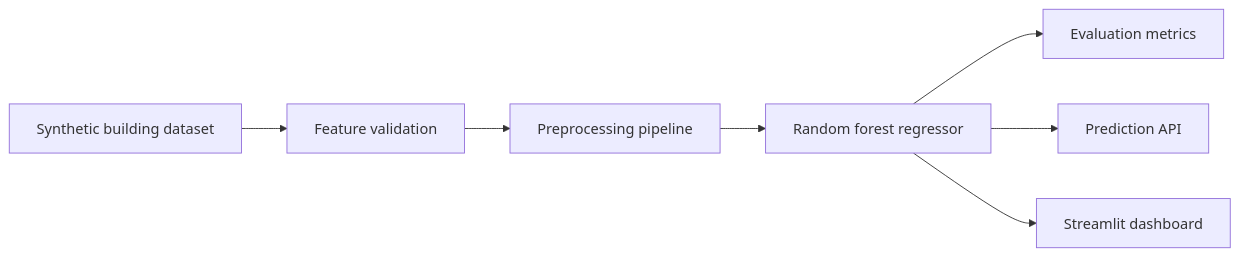
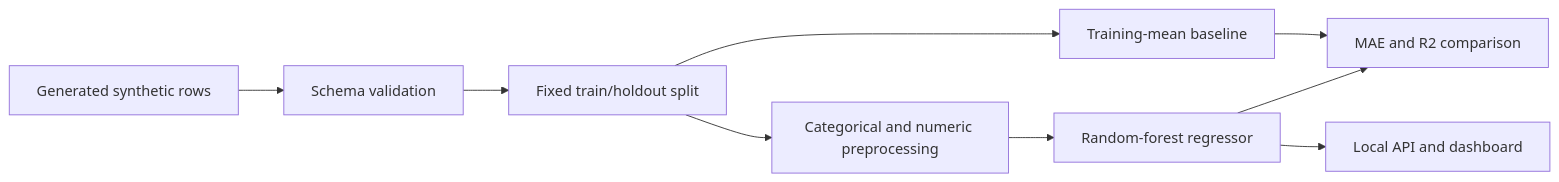
Before and after one commit to josiahsutd-stack/ai-portfolio: the diagram in projects/building-energy-ml-pipeline/README.md, drawn with Mermaid. The commit also changed other lines of this file and 70 other files, not shown here.

````diff
--- a/projects/building-energy-ml-pipeline/README.md
+++ b/projects/building-energy-ml-pipeline/README.md
@@ -35,9 +42,11 @@
 ```mermaid
 flowchart LR
-  A["Synthetic building dataset"] --> B["Feature validation"]
-  B --> C["Preprocessing pipeline"]
-  C --> D["Random forest regressor"]
-  D --> E["Evaluation metrics"]
-  D --> F["Prediction API"]
-  D --> G["Streamlit dashboard"]
+  A["Generated synthetic rows"] --> B["Schema validation"]
+  B --> C["Fixed train/holdout split"]
+  C --> D["Categorical and numeric preprocessing"]
+  D --> E["Random-forest regressor"]
+  C --> F["Training-mean baseline"]
+  E --> G["MAE and R2 comparison"]
+  F --> G
+  E --> H["Local API and dashboard"]
 ```
````
